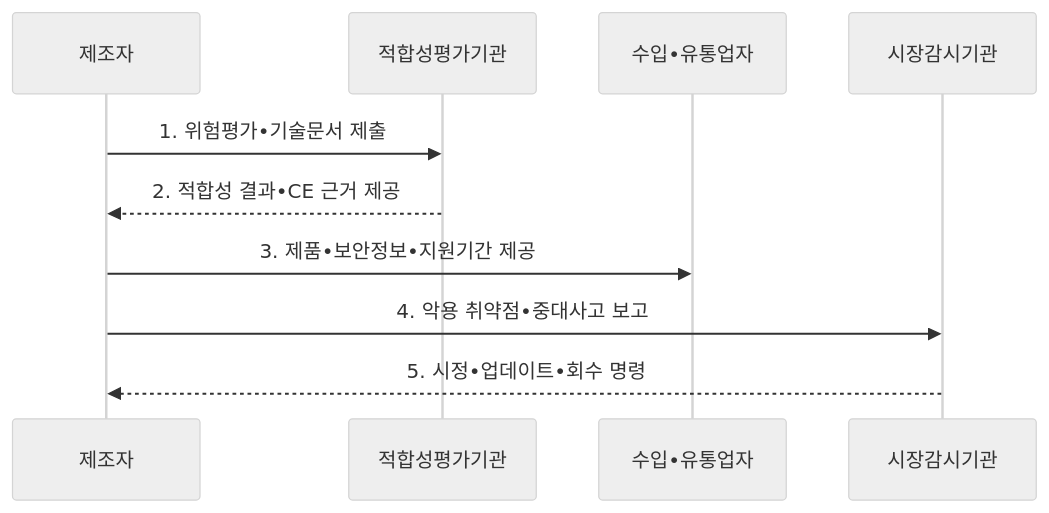
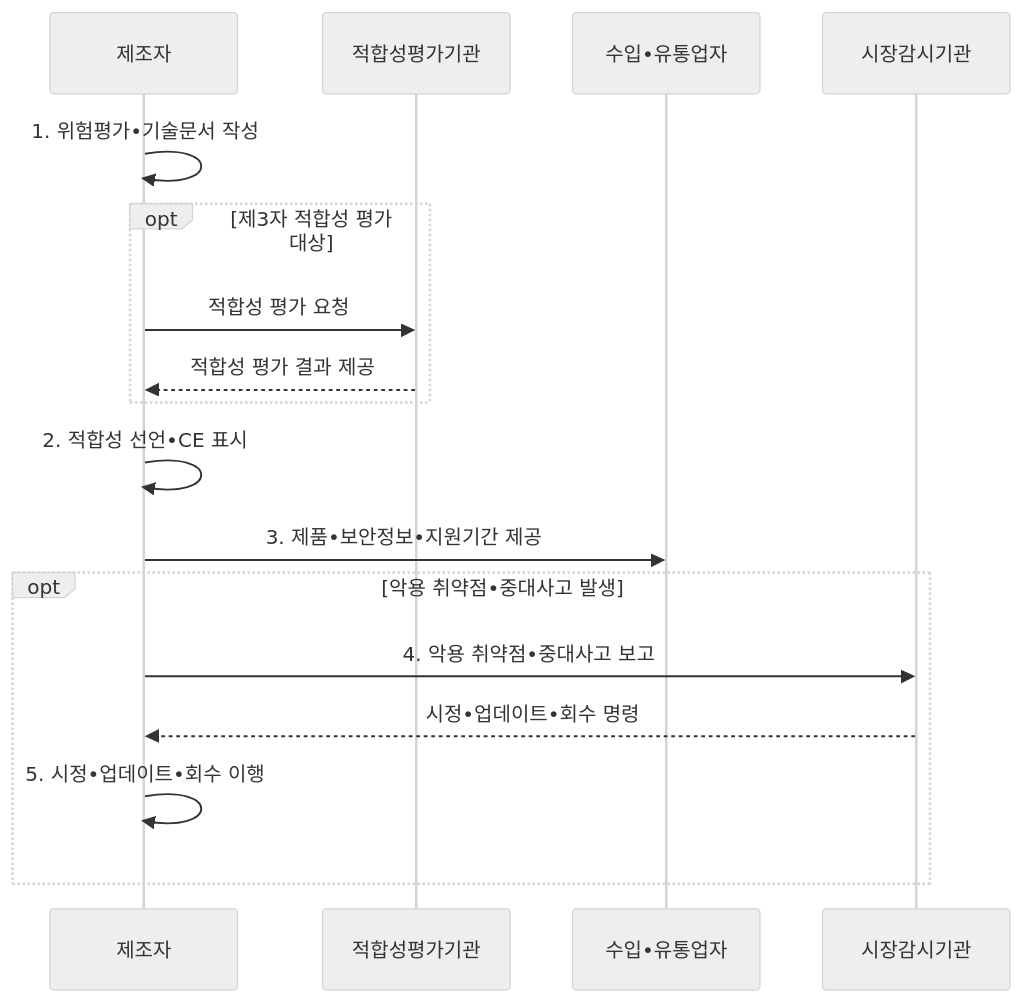
The second of 2 diagrams in src/content/docs/notes/07-law-policy/035_eu_cyber_resilience_act.md (agnusdei1207/knowledge-base), drawn with Mermaid (neutral theme) before and after one commit. The commit also changed other lines of this file and 20 other files, not shown here.

````diff
--- a/src/content/docs/notes/07-law-policy/035_eu_cyber_resilience_act.md
+++ b/src/content/docs/notes/07-law-policy/035_eu_cyber_resilience_act.md
@@ -109,12 +109,19 @@
 ```mermaid
 sequenceDiagram
     participant M as 제조자
     participant C as 적합성평가기관
     participant D as 수입•유통업자
     participant A as 시장감시기관
-    M->>C: 1. 위험평가•기술문서 제출
-    C-->>M: 2. 적합성 결과•CE 근거 제공
+    M->>M: 1. 위험평가•기술문서 작성
+    opt 제3자 적합성 평가 대상
+        M->>C: 적합성 평가 요청
+        C-->>M: 적합성 평가 결과 제공
+    end
+    M->>M: 2. 적합성 선언•CE 표시
     M->>D: 3. 제품•보안정보•지원기간 제공
-    M->>A: 4. 악용 취약점•중대사고 보고
-    A-->>M: 5. 시정•업데이트•회수 명령
+    opt 악용 취약점•중대사고 발생
+        M->>A: 4. 악용 취약점•중대사고 보고
+        A-->>M: 시정•업데이트•회수 명령
+        M->>M: 5. 시정•업데이트•회수 이행
+    end
 ```
````
